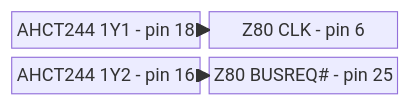
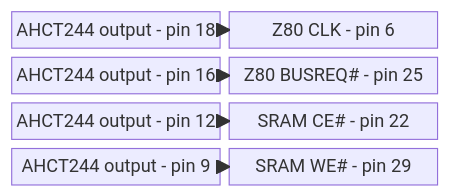
Before and after one commit to gloveboxes/Z80ROMlessSBC: the first of 2 diagrams in docs/docs/en/hardware/output-buffer.md, drawn with Mermaid. The commit also changed other lines of this file and 91 other files, not shown here.

````diff
--- a/docs/docs/en/hardware/output-buffer.md
+++ b/docs/docs/en/hardware/output-buffer.md
@@ -55,8 +23,12 @@
 ```mermaid
 block-beta
-	columns 2
-	BCLK["AHCT244 1Y1 - pin 18"] ZCLK["Z80 CLK - pin 6"]
-	BREQ["AHCT244 1Y2 - pin 16"] ZREQ["Z80 BUSREQ# - pin 25"]
-	BCLK --> ZCLK
-	BREQ --> ZREQ
+  columns 2
+  BCLK["AHCT244 output - pin 18"] ZCLK["Z80 CLK - pin 6"]
+  BREQ["AHCT244 output - pin 16"] ZREQ["Z80 BUSREQ# - pin 25"]
+  BCE["AHCT244 output - pin 12"] RCE["SRAM CE# - pin 22"]
+  BWE["AHCT244 output - pin 9"] RWE["SRAM WE# - pin 29"]
+  BCLK --> ZCLK
+  BREQ --> ZREQ
+  BCE --> RCE
+  BWE --> RWE
 ```
````
